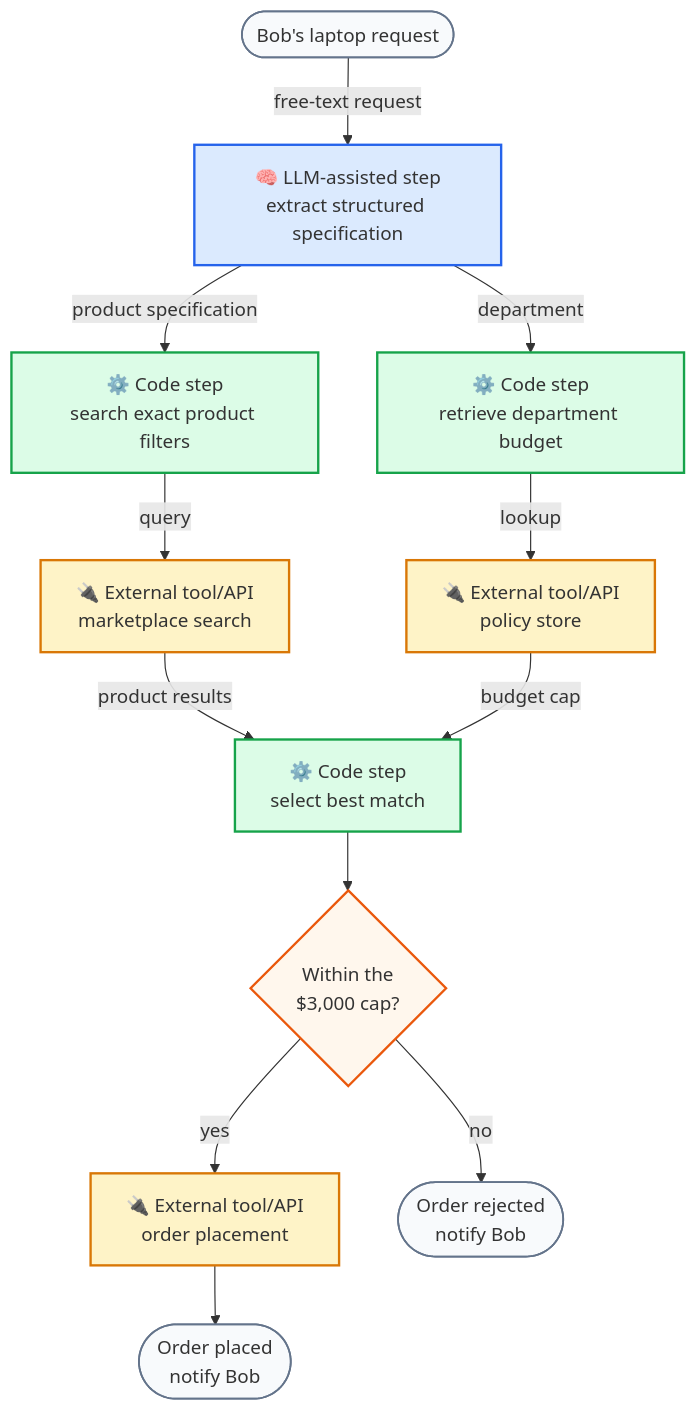
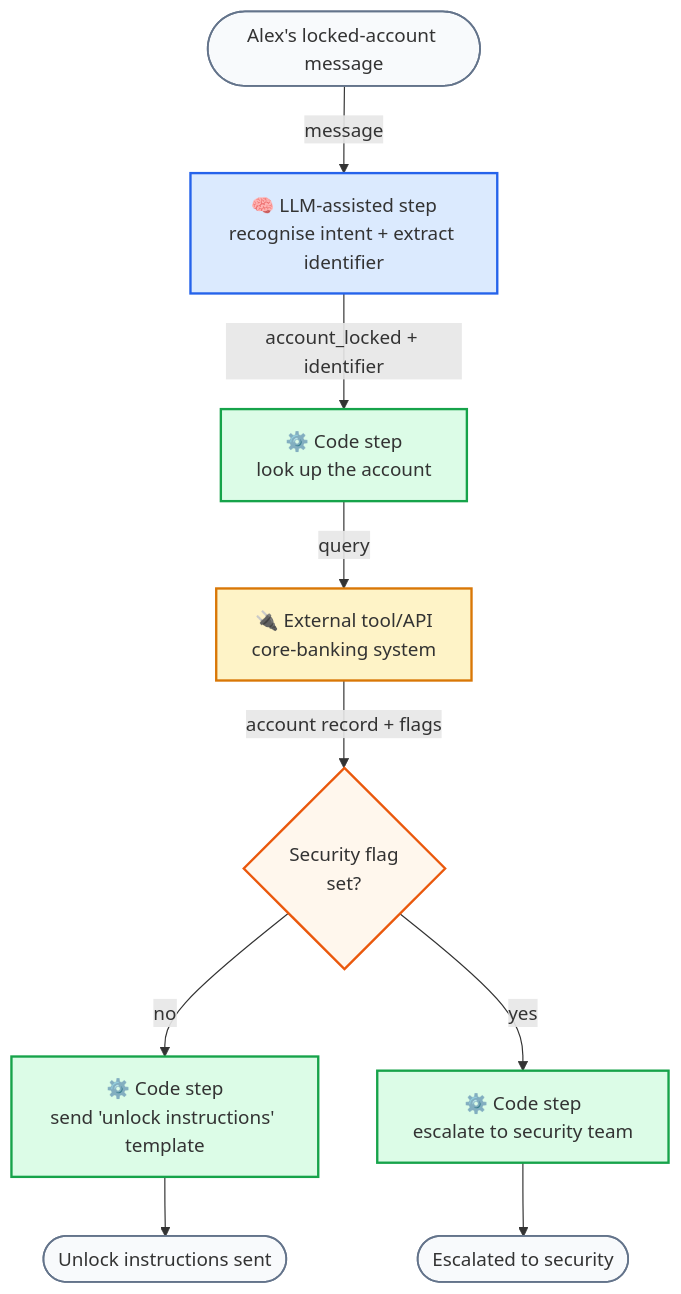
Before and after one commit to FridljDa/FridljDa.github.io: the third of 5 diagrams in src/content/blog/workflow-vs-agent.mdx, drawn with Mermaid. The commit also changed other lines of this file, not shown here.

````diff
--- a/src/content/blog/workflow-vs-agent.mdx
+++ b/src/content/blog/workflow-vs-agent.mdx
@@ -98,37 +105,32 @@
 ```mermaid
 flowchart TD
-    INPUT(["Bob's laptop request"])
-    L1["🧠 LLM-assisted step<br/>extract structured specification"]
-    C1["⚙️ Code step<br/>search exact product filters"]
-    C2["⚙️ Code step<br/>retrieve department budget"]
-    T1["🔌 External tool/API<br/>marketplace search"]
-    T2["🔌 External tool/API<br/>policy store"]
-    C3["⚙️ Code step<br/>select best match"]
-    D1{"Within the<br/>$3,000 cap?"}
-    T3["🔌 External tool/API<br/>order placement"]
-    OUT1(["Order placed<br/>notify Bob"])
-    OUT2(["Order rejected<br/>notify Bob"])
+    INPUT(["Alex's locked-account message"])
+    L1["🧠 LLM-assisted step<br/>recognise intent + extract identifier"]
+    C1["⚙️ Code step<br/>look up the account"]
+    T1["🔌 External tool/API<br/>core-banking system"]
+    D1{"Security flag<br/>set?"}
+    C2["⚙️ Code step<br/>send 'unlock instructions' template"]
+    C3["⚙️ Code step<br/>escalate to security team"]
+    OUT1(["Unlock instructions sent"])
+    OUT2(["Escalated to security"])
 
-    INPUT -->|"free-text request"| L1
-    L1 -->|"product specification"| C1
-    L1 -->|"department"| C2
+    INPUT -->|"message"| L1
+    L1 -->|"account_locked + identifier"| C1
     C1 -->|"query"| T1
-    T1 -->|"product results"| C3
-    C2 -->|"lookup"| T2
-    T2 -->|"budget cap"| C3
-    C3 --> D1
-    D1 -->|"yes"| T3
-    D1 -->|"no"| OUT2
-    T3 --> OUT1
+    T1 -->|"account record + flags"| D1
+    D1 -->|"no"| C2
+    D1 -->|"yes"| C3
+    C2 --> OUT1
+    C3 --> OUT2
 
     classDef llm fill:#dbeafe,stroke:#2563eb,stroke-width:2px
     classDef code fill:#dcfce7,stroke:#16a34a,stroke-width:2px
     classDef tool fill:#fef3c7,stroke:#d97706,stroke-width:2px
     classDef decision fill:#fff7ed,stroke:#ea580c,stroke-width:2px
     classDef terminal fill:#f8fafc,stroke:#64748b,stroke-width:1.5px
     class L1 llm
     class C1,C2,C3 code
-    class T1,T2,T3 tool
+    class T1 tool
     class D1 decision
     class INPUT,OUT1,OUT2 terminal
 ```
````
